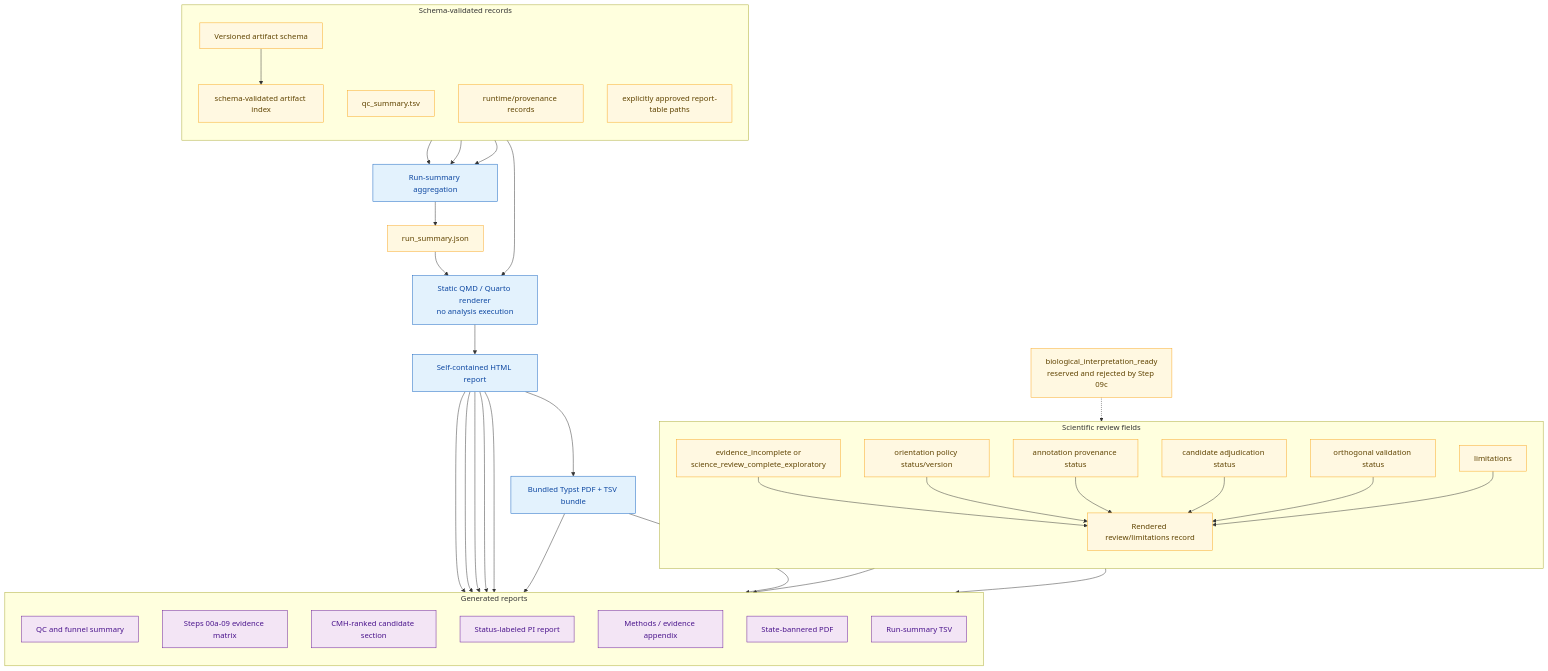
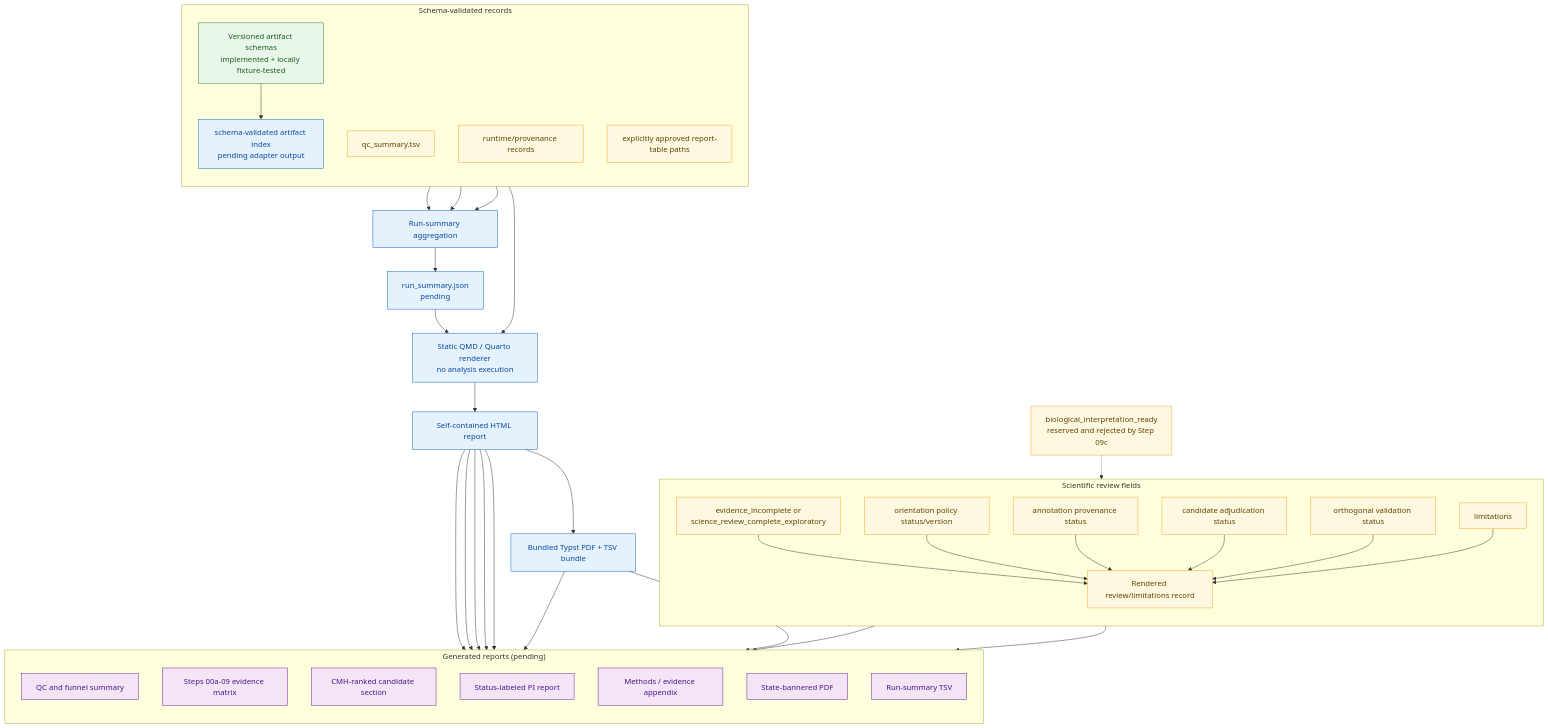
The diagram in docs/architecture/diagrams/future_reporting_layer.mmd (lab-cats/EMRYS), drawn with Mermaid before and after one commit. The commit also changed 16 other files, not shown here.

Commit message:
artifact schema v1 docpatch

```diff
--- a/docs/architecture/diagrams/future_reporting_layer.mmd
+++ b/docs/architecture/diagrams/future_reporting_layer.mmd
@@ -1,72 +1,74 @@
 flowchart TD
+    classDef current fill:#e8f5e9,stroke:#2e7d32,color:#1b5e20
     classDef future fill:#e3f2fd,stroke:#1565c0,color:#0d47a1
     classDef contract fill:#fff8e1,stroke:#f9a825,color:#5f4300
     classDef reporting fill:#f3e5f5,stroke:#6a1b9a,color:#4a148c
 
     subgraph inputs["Schema-validated records"]
         direction TB
-        schema["Versioned artifact schema"]
-        artifacts_tsv["schema-validated artifact index"]
+        schema["Versioned artifact schemas<br/>implemented + locally fixture-tested"]
+        artifacts_tsv["schema-validated artifact index<br/>pending adapter output"]
         qc_summary["qc_summary.tsv"]
         provenance["runtime/provenance records"]
         final_tables["explicitly approved report-table paths"]
     end
 
     aggregate["Run-summary aggregation"]
-    run_summary["run_summary.json"]
+    run_summary["run_summary.json<br/>pending"]
     generator["Static QMD / Quarto renderer<br/>no analysis execution"]
     html["Self-contained HTML report"]
     exports["Bundled Typst PDF + TSV bundle"]
 
     subgraph review["Scientific review fields"]
         direction TB
         review_status["evidence_incomplete or<br/>science_review_complete_exploratory"]
         orientation_status["orientation policy status/version"]
         annotation_status["annotation provenance status"]
         adjudication_status["candidate adjudication status"]
         orthogonal_status["orthogonal validation status"]
         limitations["limitations"]
         review_record["Rendered review/limitations record"]
     end
 
-    subgraph outputs["Generated reports"]
+    subgraph outputs["Generated reports (pending)"]
         direction TB
         qc_report["QC and funnel summary"]
         validation_report["Steps 00a-09 evidence matrix"]
         candidate_report["CMH-ranked candidate section"]
         pi_report["Status-labeled PI report"]
         handoff_report["Methods / evidence appendix"]
         pdf_output["State-bannered PDF"]
         tsv_output["Run-summary TSV"]
     end
 
     schema --> artifacts_tsv
     artifacts_tsv --> aggregate
     qc_summary --> aggregate
     provenance --> aggregate
     aggregate --> run_summary
     run_summary --> generator
     final_tables --> generator
     generator --> html
     html --> qc_report
     html --> validation_report
     html --> handoff_report
     html --> candidate_report
     html --> pi_report
     html --> exports
     exports --> pdf_output
     exports --> tsv_output
     review_status --> review_record
     orientation_status --> review_record
     annotation_status --> review_record
     adjudication_status --> review_record
     orthogonal_status --> review_record
     limitations --> review_record
     review_record --> candidate_report
     review_record --> pi_report
     readylock["biological_interpretation_ready<br/>reserved and rejected by Step 09c"]
     readylock -.-> review_status
 
-    class schema,run_summary,artifacts_tsv,qc_summary,provenance,final_tables,review_status,orientation_status,annotation_status,adjudication_status,orthogonal_status,limitations,review_record,readylock contract
-    class aggregate,generator,html,exports future
+    class schema current
+    class qc_summary,provenance,final_tables,review_status,orientation_status,annotation_status,adjudication_status,orthogonal_status,limitations,review_record,readylock contract
+    class artifacts_tsv,aggregate,run_summary,generator,html,exports future
     class qc_report,validation_report,candidate_report,pi_report,handoff_report,pdf_output,tsv_output reporting
```
